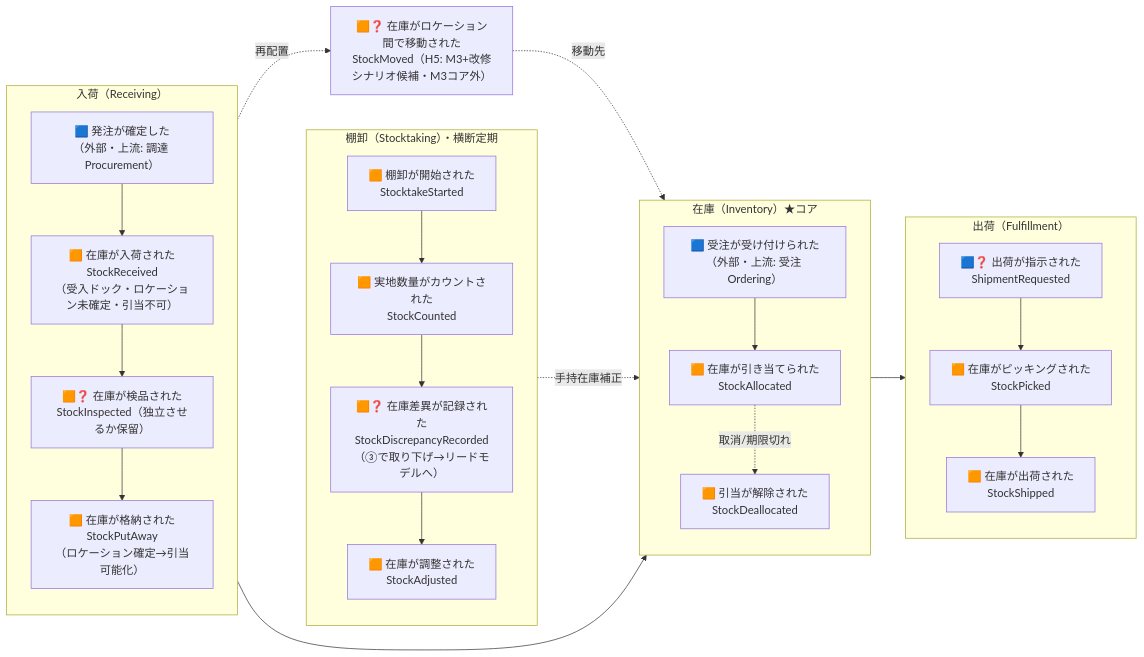
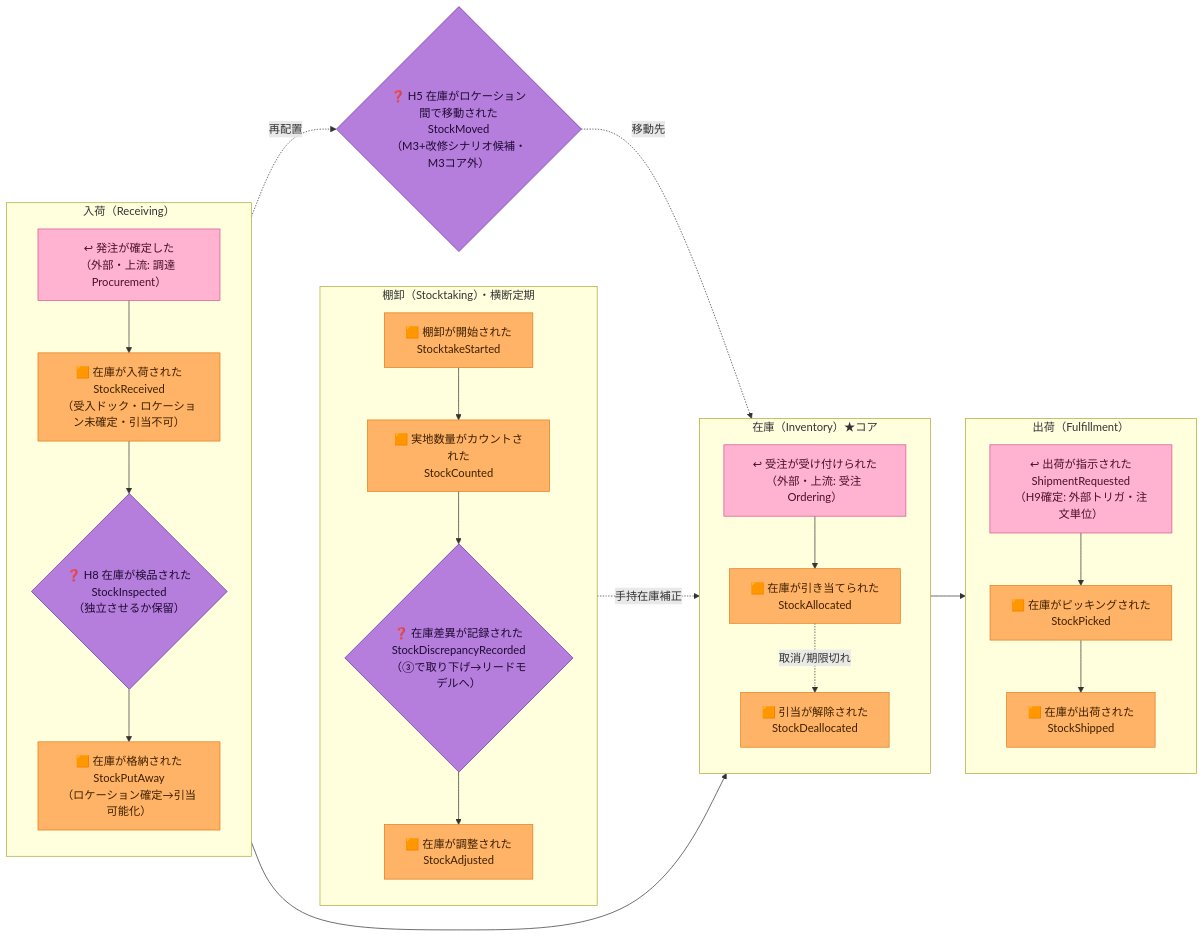
The diagram in docs/event-storming/01-big-picture.md (nenokido2000/event-sourcing-handson), drawn with Mermaid before and after one commit. The commit also changed other lines of this file and 2 other files, not shown here.

Commit message:
docs(steering): 図の記法をイベントストーミング標準の付箋色へ統一
図の配色が Brandolini の標準付箋色と食い違っており(緑・黄・ピンクの3色が
入れ替わっていた)、書籍や他社事例の図と並べて読めない状態だったため統一。

- 配色: リードモデル 黄→緑 / 外部システム 緑→ピンク / アクター ピンク→黄
  (イベント=オレンジ・コマンド=青・ポリシー=ライラックは元から標準どおり)
- 形: 四角に統一(リードモデルの円筒・アクターの角丸・ポリシーの六角形を廃止)
  ホットスポットだけ菱形にして 45°回転した付箋を再現
- 集約: subgraph を淡黄で塗り「大きい黄色の付箋」に寄せた。コアの在庫は
  濃いめ＋太枠。点線枠=整合性境界という情報は維持している
- 凡例: 00-method.md に「付箋の色」節を新設しここを正とした。実際の付箋を
  並べた Mermaid の凡例図＋標準からの意図的なズレを明記
  ①絵文字アイコンを併記(色覚特性・モノクロ印刷でも読めるよう色だけに
  意味を負わせない) ②集約は付箋でなく枠(枠をまたぐ=別Txが目で見える)
  ③時間の向きは図ごとに違う(①壁=左→右 / ②文法の可視化=上→下)
- 01: 外部トリガの 🟦 を ↩ピンクへ。標準では青はコマンドで意味が衝突していた

付随(前回の反映漏れ):
- 01 の外部トリガ節が H9 保留のままだったのを確定済みへ
- 02 冒頭の集約表が棚卸=差異を持つ旧仕様のままだったのを修正

検証: Mermaid 11 の実パーサで4図とも parse 成功(classDef/style/菱形/~~~ を含む)。
ピクセル単位のレンダリング確認はヘッドレスブラウザが要るため未実施。

````diff
--- a/docs/event-storming/01-big-picture.md
+++ b/docs/event-storming/01-big-picture.md
@@ -16,45 +19,50 @@
 ```mermaid
 flowchart LR
+    %% 付箋の色 = イベントストーミング標準記法（正は 00-method.md「付箋の色」）
+    classDef evt fill:#ffb366,stroke:#e07b1a,color:#3d2000;
+    classDef ext fill:#ffb3d1,stroke:#d1568f,color:#4a0f2b;
+    classDef hot fill:#b57edc,stroke:#6a2fa0,color:#1f0a33;
+
     subgraph 入荷["入荷（Receiving）"]
       direction TB
-      PO["🟦 発注が確定した<br/>（外部・上流: 調達 Procurement）"]
-      RCV["🟧 在庫が入荷された<br/>StockReceived<br/>（受入ドック・ロケーション未確定・引当不可）"]
-      INSP["🟧❓ 在庫が検品された<br/>StockInspected（独立させるか保留）"]
-      PUT["🟧 在庫が格納された<br/>StockPutAway<br/>（ロケーション確定→引当可能化）"]
+      PO["↩ 発注が確定した<br/>（外部・上流: 調達 Procurement）"]:::ext
+      RCV["🟧 在庫が入荷された<br/>StockReceived<br/>（受入ドック・ロケーション未確定・引当不可）"]:::evt
+      INSP{"❓ H8 在庫が検品された<br/>StockInspected<br/>（独立させるか保留）"}:::hot
+      PUT["🟧 在庫が格納された<br/>StockPutAway<br/>（ロケーション確定→引当可能化）"]:::evt
       PO --> RCV --> INSP --> PUT
     end
 
     subgraph 引当["在庫（Inventory）★コア"]
       direction TB
-      ORD["🟦 受注が受け付けられた<br/>（外部・上流: 受注 Ordering）"]
-      ALLOC["🟧 在庫が引き当てられた<br/>StockAllocated"]
-      DEALLOC["🟧 引当が解除された<br/>StockDeallocated"]
+      ORD["↩ 受注が受け付けられた<br/>（外部・上流: 受注 Ordering）"]:::ext
+      ALLOC["🟧 在庫が引き当てられた<br/>StockAllocated"]:::evt
+      DEALLOC["🟧 引当が解除された<br/>StockDeallocated"]:::evt
       ORD --> ALLOC
       ALLOC -. 取消/期限切れ .-> DEALLOC
     end
 
     subgraph 出荷["出荷（Fulfillment）"]
       direction TB
-      SHREQ["🟦❓ 出荷が指示された<br/>ShipmentRequested"]
-      PICK["🟧 在庫がピッキングされた<br/>StockPicked"]
-      SHIP["🟧 在庫が出荷された<br/>StockShipped"]
+      SHREQ["↩ 出荷が指示された<br/>ShipmentRequested<br/>（H9確定: 外部トリガ・注文単位）"]:::ext
+      PICK["🟧 在庫がピッキングされた<br/>StockPicked"]:::evt
+      SHIP["🟧 在庫が出荷された<br/>StockShipped"]:::evt
       SHREQ --> PICK --> SHIP
     end
 
     subgraph 棚卸["棚卸（Stocktaking）・横断定期"]
       direction TB
-      STK["🟧 棚卸が開始された<br/>StocktakeStarted"]
-      CNT["🟧 実地数量がカウントされた<br/>StockCounted"]
-      DISC["🟧❓ 在庫差異が記録された<br/>StockDiscrepancyRecorded<br/>（③で取り下げ→リードモデルへ）"]
-      ADJ["🟧 在庫が調整された<br/>StockAdjusted"]
+      STK["🟧 棚卸が開始された<br/>StocktakeStarted"]:::evt
+      CNT["🟧 実地数量がカウントされた<br/>StockCounted"]:::evt
+      DISC{"❓ 在庫差異が記録された<br/>StockDiscrepancyRecorded<br/>（③で取り下げ→リードモデルへ）"}:::hot
+      ADJ["🟧 在庫が調整された<br/>StockAdjusted"]:::evt
       STK --> CNT --> DISC --> ADJ
     end
 
     PUT --> ALLOC
     ALLOC --> PICK
     ADJ -. 手持在庫補正 .-> ALLOC
 
-    MOVE["🟧❓ 在庫がロケーション間で移動された<br/>StockMoved（H5: M3+改修シナリオ候補・M3コア外）"]
+    MOVE{"❓ H5 在庫がロケーション間で移動された<br/>StockMoved<br/>（M3+改修シナリオ候補・M3コア外）"}:::hot
     PUT -. 再配置 .-> MOVE
     MOVE -. 移動先 .-> ALLOC
 ```
````
